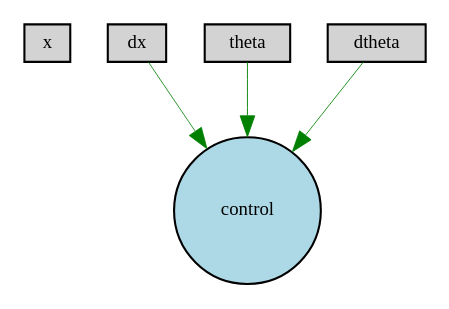
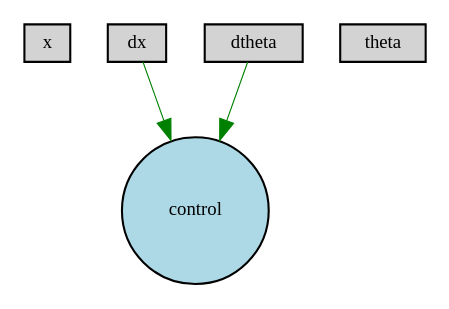
The diagram in winner-enabled-pruned.gv (ericjhkim/CartpoleNEAT), drawn with Graphviz before and after one commit. The commit also changed 9 other files, not shown here.

```diff
--- a/winner-enabled-pruned.gv
+++ b/winner-enabled-pruned.gv
@@ -1,11 +1,10 @@
 digraph {
 	node [fontsize=9 height=0.2 shape=circle width=0.2]
 	x [fillcolor=lightgray shape=box style=filled]
 	dx [fillcolor=lightgray shape=box style=filled]
 	theta [fillcolor=lightgray shape=box style=filled]
 	dtheta [fillcolor=lightgray shape=box style=filled]
 	control [fillcolor=lightblue style=filled]
-	theta -> control [color=green penwidth=0.4413932618974241 style=solid]
-	dtheta -> control [color=green penwidth=0.4138117935669283 style=solid]
-	dx -> control [color=green penwidth=0.39459467658881653 style=solid]
+	dtheta -> control [color=green penwidth=0.5246761200811692 style=solid]
+	dx -> control [color=green penwidth=0.5228353547016426 style=solid]
 }
```
